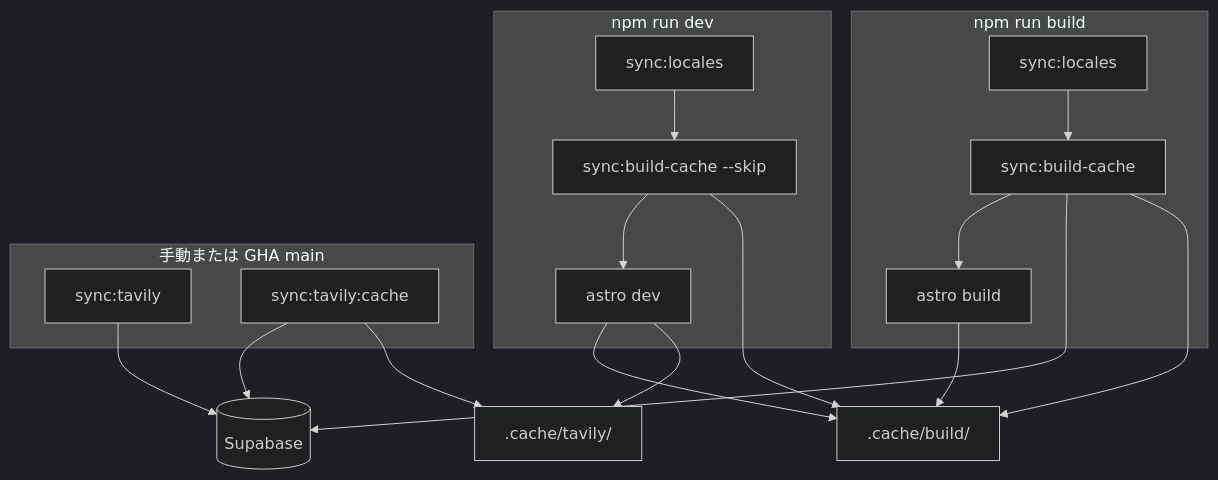
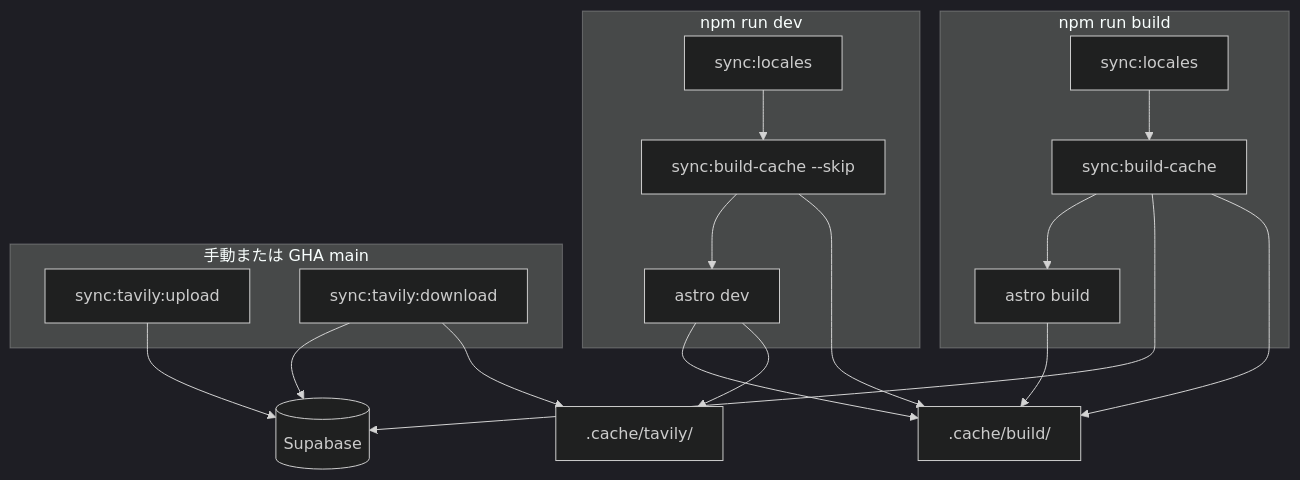
The diagram in docs/BUILD_AND_SYNC.md (shumizu418128/gbbinfo4.0), drawn with Mermaid (dark theme) before and after one commit. The commit also changed other lines of this file and 4 other files, not shown here.

````diff
--- a/docs/BUILD_AND_SYNC.md
+++ b/docs/BUILD_AND_SYNC.md
@@ -7,31 +7,31 @@
 ```mermaid
 flowchart TB
   subgraph devFlow [npm run dev]
     L1[sync:locales]
     B1["sync:build-cache --skip"]
     D[astro dev]
     L1 --> B1 --> D
   end
 
   subgraph buildFlow [npm run build]
     L2[sync:locales]
     B2[sync:build-cache]
     A[astro build]
     L2 --> B2 --> A
   end
 
   subgraph manual [手動または GHA main]
-    T1[sync:tavily]
-    T2[sync:tavily:cache]
+    T1[sync:tavily:upload]
+    T2[sync:tavily:download]
   end
 
   B2 --> Supabase[(Supabase)]
   T1 --> Supabase
   T2 --> Supabase
   B1 --> CacheBuild[".cache/build/"]
   B2 --> CacheBuild
   T2 --> CacheTavily[".cache/tavily/"]
   A --> CacheBuild
   D --> CacheBuild
   D --> CacheTavily
 ```
````
